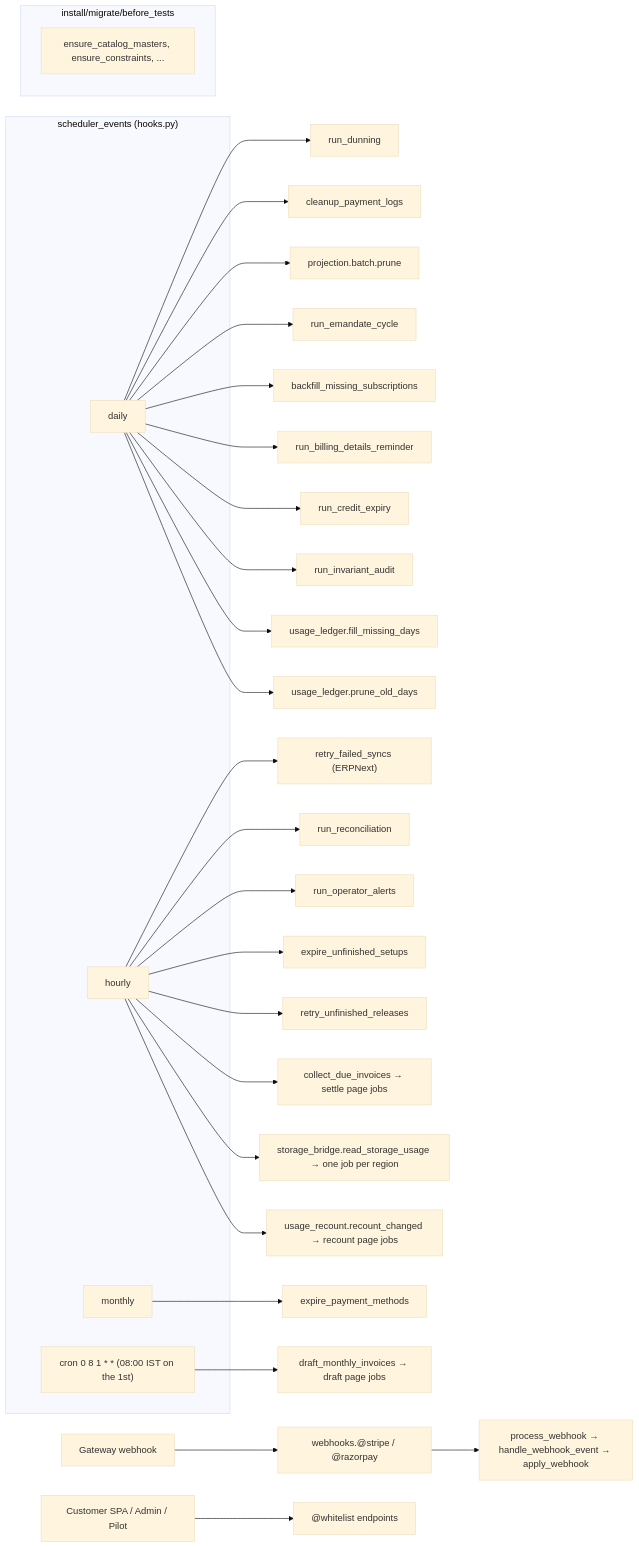
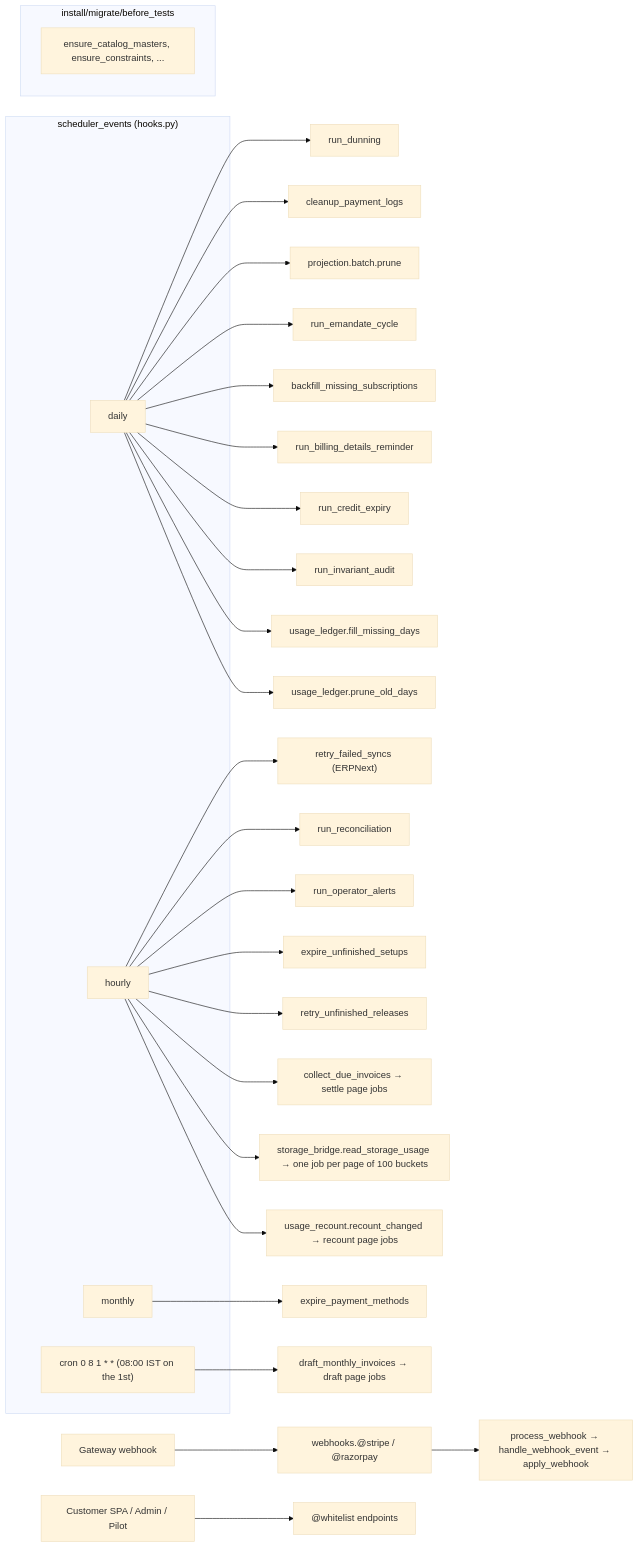
One commit to frappe/central changed the third of 8 diagrams in central/billing/ARCHITECTURE.md. Above: the diagram before and after it, drawn with Mermaid (base theme). The commit also changed other lines of this file and 2 other files, not shown here.

Commit message:
fix(billing): read storage usage in pages with one error log a region

````diff
--- a/central/billing/ARCHITECTURE.md
+++ b/central/billing/ARCHITECTURE.md
@@ -216,37 +216,37 @@
 ```mermaid
 flowchart LR
     subgraph SCHED["scheduler_events (hooks.py)"]
         D1["daily"]
         H1["hourly"]
         M1["monthly"]
         C1["cron 0 8 1 * * (08:00 IST on the 1st)"]
     end
     D1 --> RD["run_dunning"]
     D1 --> CP["cleanup_payment_logs"]
     D1 --> PR["projection.batch.prune"]
     D1 --> EM["run_emandate_cycle"]
     D1 --> BF["backfill_missing_subscriptions"]
     D1 --> BR["run_billing_details_reminder"]
     D1 --> CE["run_credit_expiry"]
     D1 --> IA["run_invariant_audit"]
     D1 --> FMD["usage_ledger.fill_missing_days"]
     D1 --> POD["usage_ledger.prune_old_days"]
     H1 --> RF["retry_failed_syncs (ERPNext)"]
     H1 --> RR["run_reconciliation"]
     H1 --> OA["run_operator_alerts"]
     H1 --> SE["expire_unfinished_setups"]
     H1 --> SR["retry_unfinished_releases"]
     C1 --> DMI["draft_monthly_invoices → draft page jobs"]
     M1 --> EX["expire_payment_methods"]
     H1 --> CDI["collect_due_invoices → settle page jobs"]
-    H1 --> RSU["storage_bridge.read_storage_usage → one job per region"]
+    H1 --> RSU["storage_bridge.read_storage_usage → one job per page of 100 buckets"]
     H1 --> RCC["usage_recount.recount_changed → recount page jobs"]
 
     subgraph INSTALL["install/migrate/before_tests"]
         ECM["ensure_catalog_masters, ensure_constraints, ..."]
     end
 
     EXT["Gateway webhook"] --> WH["webhooks.@stripe / @razorpay"]
     WH --> PW["process_webhook → handle_webhook_event → apply_webhook"]
     UI["Customer SPA / Admin / Pilot"] --> API["@whitelist endpoints"]
 ```
````
